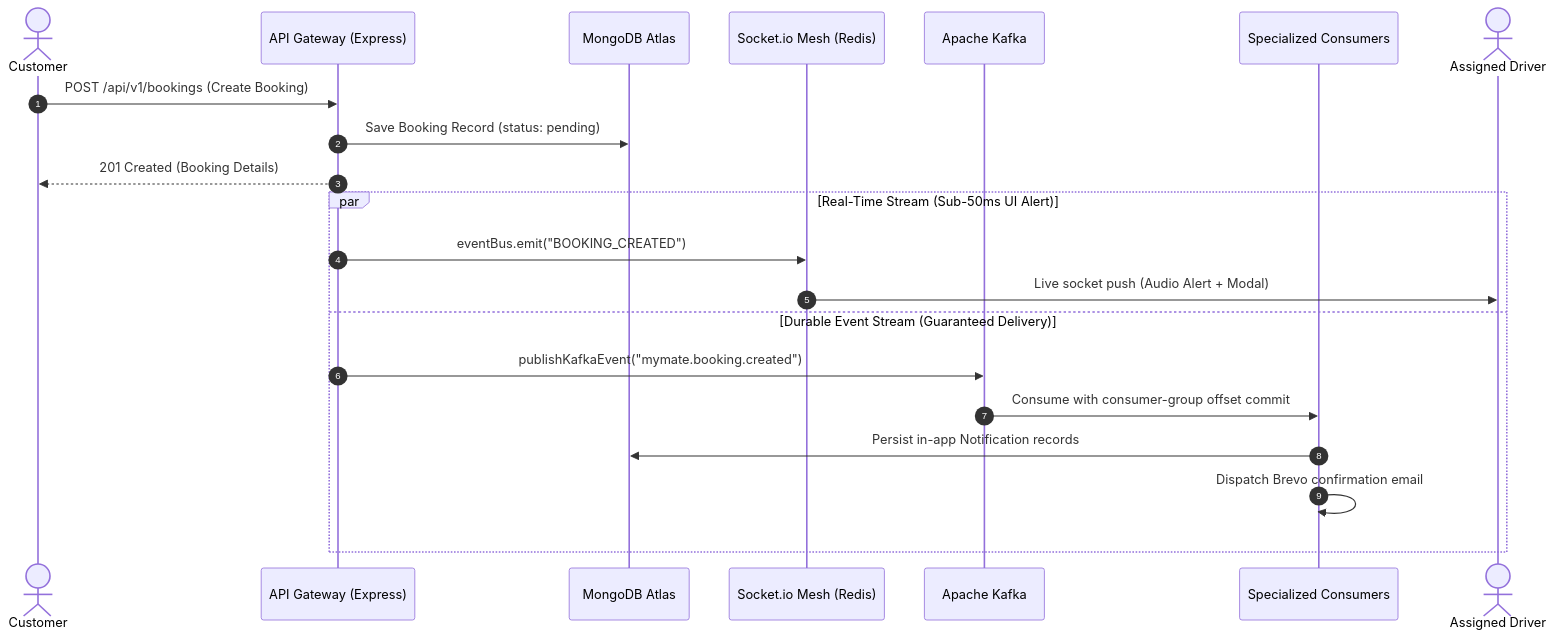
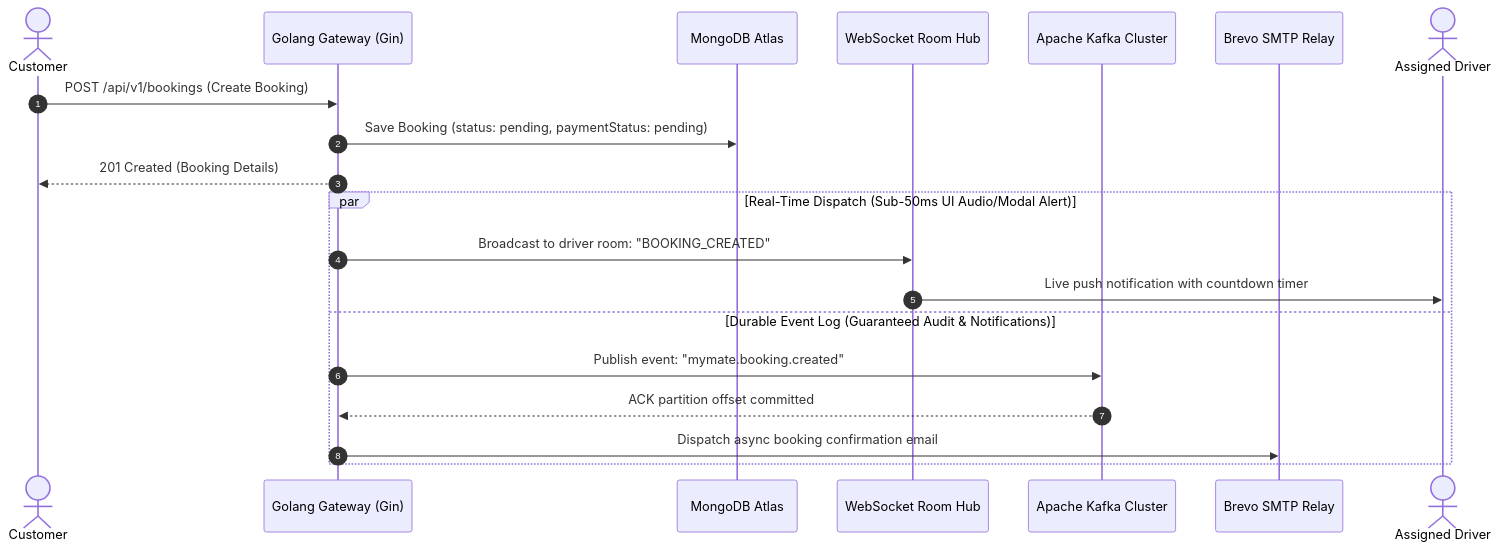
The second of 3 diagrams in readme.md (Susil-commits/MyMate), drawn with Mermaid before and after one commit. The commit also changed other lines of this file and 5 other files, not shown here.

````diff
--- a/readme.md
+++ b/readme.md
@@ -105,25 +117,24 @@
 ```mermaid
 sequenceDiagram
     autonumber
     actor Customer as Customer
-    participant API as API Gateway (Express)
+    participant API as Golang Gateway (Gin)
     participant DB as MongoDB Atlas
-    participant Socket as Socket.io Mesh (Redis)
-    participant Kafka as Apache Kafka
-    participant Consumer as Specialized Consumers
+    participant WS as WebSocket Room Hub
+    participant Kafka as Apache Kafka Cluster
+    participant Brevo as Brevo SMTP Relay
     actor Driver as Assigned Driver
 
     Customer->>API: POST /api/v1/bookings (Create Booking)
-    API->>DB: Save Booking Record (status: pending)
+    API->>DB: Save Booking (status: pending, paymentStatus: pending)
     API-->>Customer: 201 Created (Booking Details)
 
-    par Real-Time Stream (Sub-50ms UI Alert)
-        API->>Socket: eventBus.emit("BOOKING_CREATED")
-        Socket->>Driver: Live socket push (Audio Alert + Modal)
-    and Durable Event Stream (Guaranteed Delivery)
-        API->>Kafka: publishKafkaEvent("mymate.booking.created")
-        Kafka->>Consumer: Consume with consumer-group offset commit
-        Consumer->>DB: Persist in-app Notification records
-        Consumer->>Consumer: Dispatch Brevo confirmation email
+    par Real-Time Dispatch (Sub-50ms UI Audio/Modal Alert)
+        API->>WS: Broadcast to driver room: "BOOKING_CREATED"
+        WS->>Driver: Live push notification with countdown timer
+    and Durable Event Log (Guaranteed Audit & Notifications)
+        API->>Kafka: Publish event: "mymate.booking.created"
+        Kafka-->>API: ACK partition offset committed
+        API->>Brevo: Dispatch async booking confirmation email
     end
 ```
````
